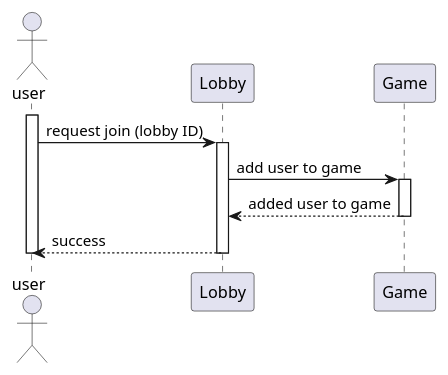
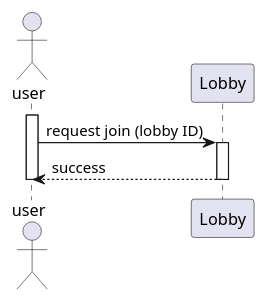
The diagram in doc/sequencediagrams/fr5.puml (PolyPong/PolyPong), drawn with PlantUML before and after one commit. The commit also changed 6 other files, not shown here.

```diff
--- a/doc/sequencediagrams/fr5.puml
+++ b/doc/sequencediagrams/fr5.puml
@@ -1,15 +1,15 @@
 actor user
 
 participant Lobby as L
-participant Game as G
+'participant Game as G
 activate user
 
         user -> L: request join (lobby ID)
         activate L
-                L -> G: add user to game
-                activate G
-                        G --> L: added user to game
-                deactivate G
+ ''               L -> G: add user to game
+''                activate G
+''                        G --> L: added user to game
+''                deactivate G
                 L --> user: success
         deactivate L
 deactivate user
```
